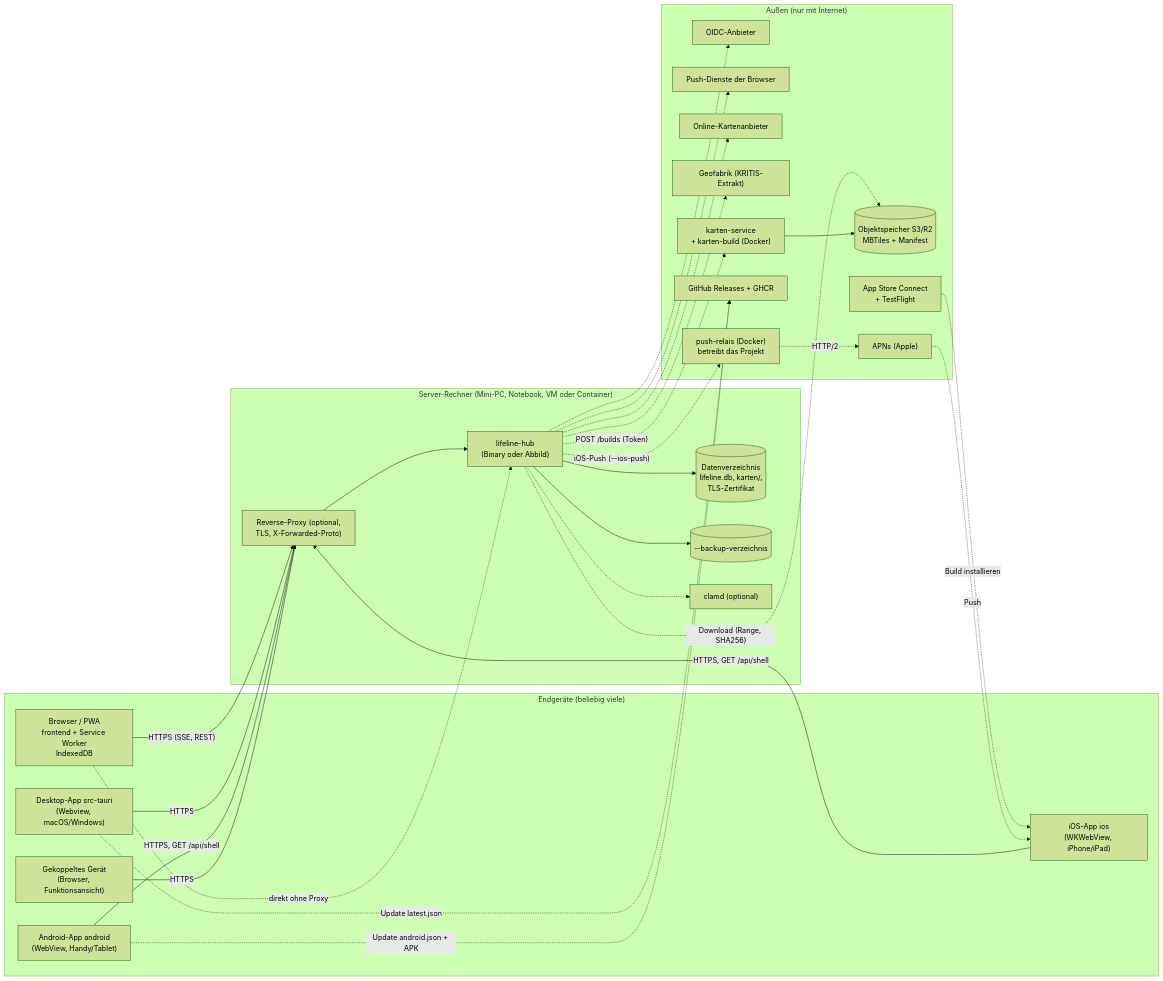
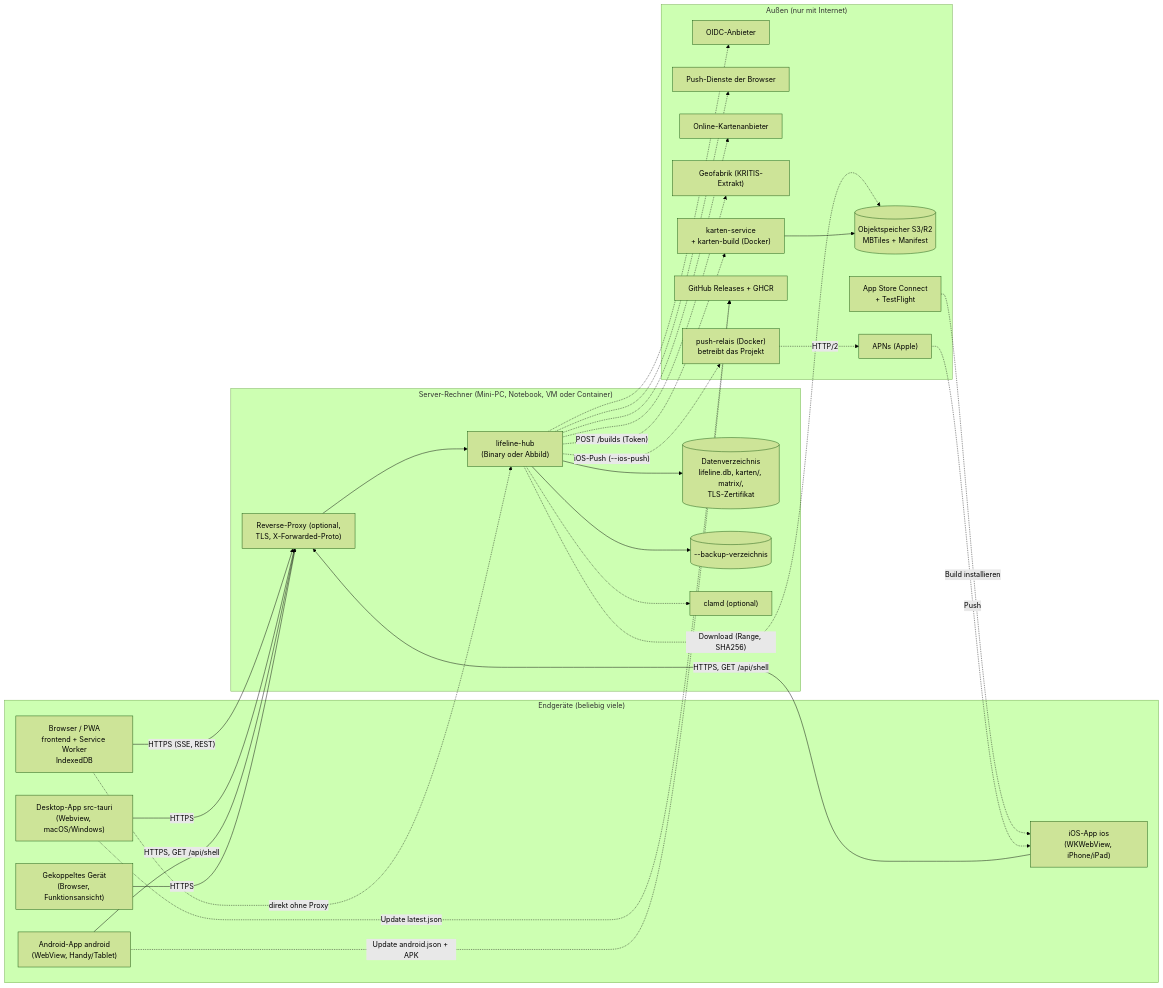
Before and after one commit to rubenvitt/lifeline-hub: the first of 2 diagrams in docs/architektur/07-verteilungssicht.md, drawn with Mermaid (forest theme). The commit also changed other lines of this file and 12 other files, not shown here.

````diff
--- a/docs/architektur/07-verteilungssicht.md
+++ b/docs/architektur/07-verteilungssicht.md
@@ -14,52 +14,52 @@
 ```mermaid
 flowchart LR
   subgraph EG["Endgeräte (beliebig viele)"]
     BR["Browser / PWA<br/>frontend + Service Worker<br/>IndexedDB"]
     DT["Desktop-App src-tauri<br/>(Webview, macOS/Windows)"]
     IOS["iOS-App ios<br/>(WKWebView, iPhone/iPad)"]
     AND["Android-App android<br/>(WebView, Handy/Tablet)"]
     GK["Gekoppeltes Gerät<br/>(Browser, Funktionsansicht)"]
   end
   subgraph SR["Server-Rechner (Mini-PC, Notebook, VM oder Container)"]
     RP["Reverse-Proxy (optional,<br/>TLS, X-Forwarded-Proto)"]
     LH["lifeline-hub<br/>(Binary oder Abbild)"]
-    DATA[("Datenverzeichnis<br/>lifeline.db, karten/,<br/>TLS-Zertifikat")]
+    DATA[("Datenverzeichnis<br/>lifeline.db, karten/, matrix/,<br/>TLS-Zertifikat")]
     BK[("--backup-verzeichnis")]
     CL["clamd (optional)"]
   end
   subgraph EXT["Außen (nur mit Internet)"]
     IDP["OIDC-Anbieter"]
     PUSH["Push-Dienste der Browser"]
     TILE["Online-Kartenanbieter"]
     GEO["Geofabrik (KRITIS-Extrakt)"]
     OS[("Objektspeicher S3/R2<br/>MBTiles + Manifest")]
     KS["karten-service<br/>+ karten-build (Docker)"]
     GH["GitHub Releases + GHCR"]
     TF["App Store Connect<br/>+ TestFlight"]
     RL["push-relais (Docker)<br/>betreibt das Projekt"]
     APNS["APNs (Apple)"]
   end
   BR -->|"HTTPS (SSE, REST)"| RP
   DT -->|HTTPS| RP
   IOS -->|"HTTPS, GET /api/shell"| RP
   AND -->|"HTTPS, GET /api/shell"| RP
   GK -->|HTTPS| RP
   RP --> LH
   BR -.->|"direkt ohne Proxy"| LH
   LH --> DATA
   LH --> BK
   LH -.-> CL
   LH -.-> IDP
   LH -.-> PUSH
   LH -.-> TILE
   LH -.-> GEO
   LH -.->|"Download (Range, SHA256)"| OS
   LH -.->|"POST /builds (Token)"| KS
   KS --> OS
   DT -.->|"Update latest.json"| GH
   TF -.->|"Build installieren"| IOS
   LH -.->|"iOS-Push (--ios-push)"| RL
   RL -.->|"HTTP/2"| APNS
   APNS -.->|Push| IOS
   AND -.->|"Update android.json + APK"| GH
 ```
````
